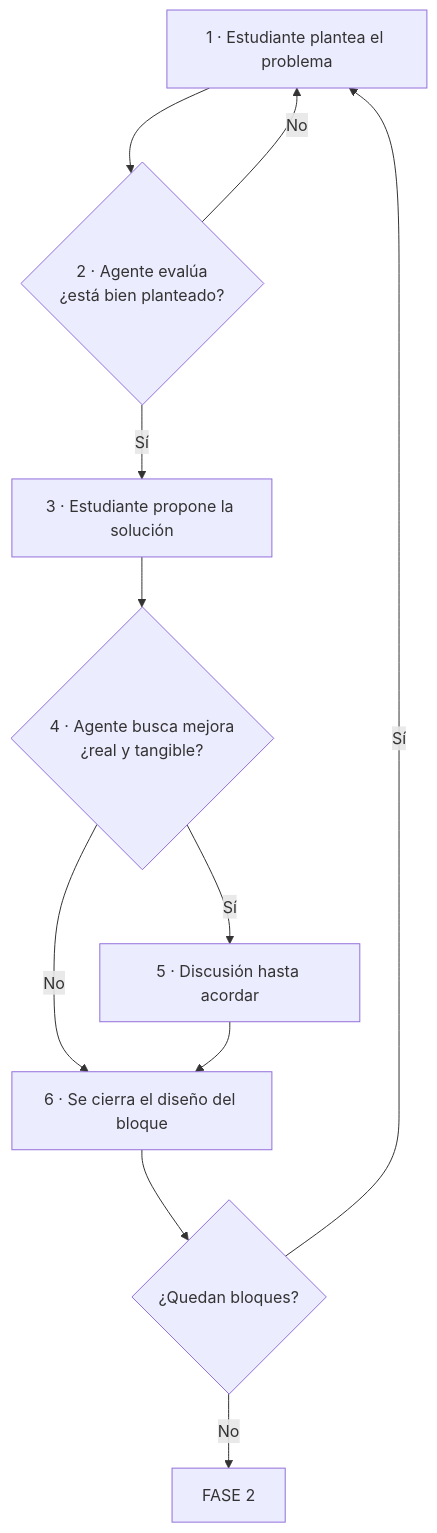
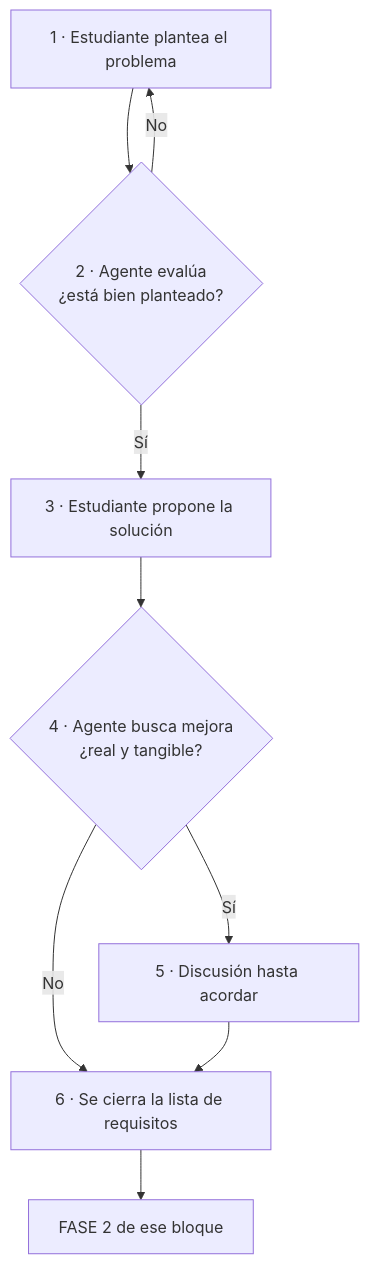
Before and after one commit to FNYRD/call_me_maybe: the second of 3 diagrams in workflow/SYSTEM.md, drawn with Mermaid. The commit also changed other lines of this file and 14 other files, not shown here.

````diff
--- a/workflow/SYSTEM.md
+++ b/workflow/SYSTEM.md
@@ -345,13 +331,11 @@
 ```mermaid
 graph TD
     A[1 · Estudiante plantea el problema] --> B{2 · Agente evalúa<br/>¿está bien planteado?}
     B -->|No| A
     B -->|Sí| C[3 · Estudiante propone la solución]
     C --> D{4 · Agente busca mejora<br/>¿real y tangible?}
     D -->|Sí| E[5 · Discusión hasta acordar]
     D -->|No| F
-    E --> F[6 · Se cierra el diseño del bloque]
-    F --> G{¿Quedan bloques?}
-    G -->|Sí| A
-    G -->|No| H[FASE 2]
+    E --> F[6 · Se cierra la lista de requisitos]
+    F --> G[FASE 2 de ese bloque]
 ```
````
